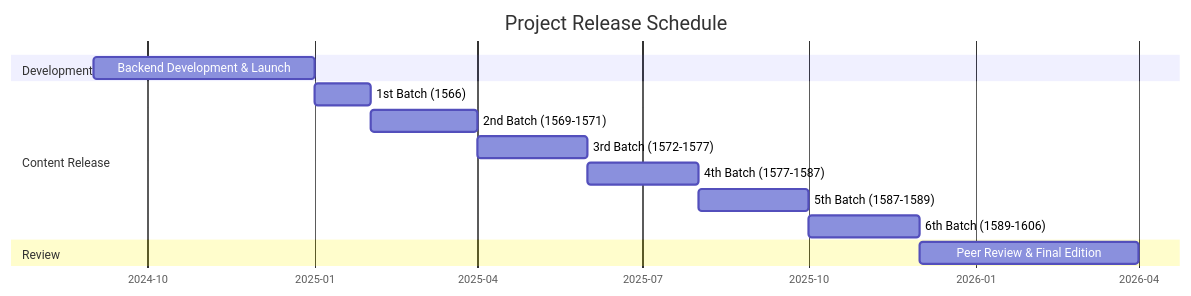
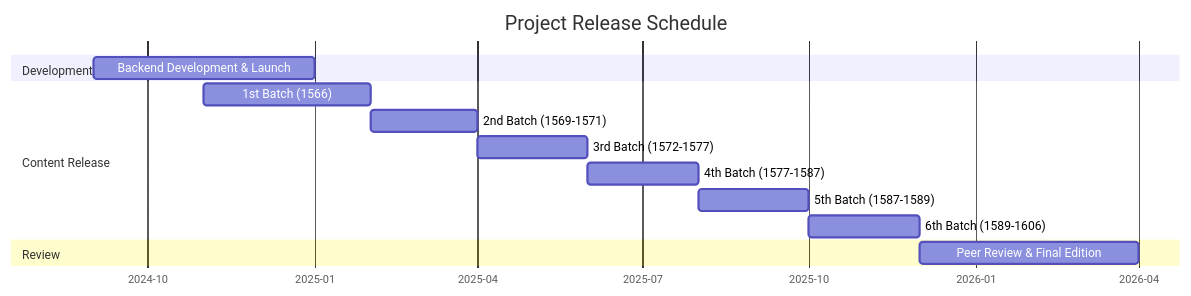
One commit to Pantagrueliste/CavrianaCorr changed the diagram in README.md. Above: the diagram before and after it, drawn with Mermaid.

````diff
--- a/README.md
+++ b/README.md
@@ -29,21 +29,21 @@
 ```mermaid
 gantt
     title Project Release Schedule
     dateFormat YYYY-MM
     axisFormat %Y-%m
     
     section Development
     Backend Development & Launch :2024-09, 2025-01
     
     section Content Release
     
-    1st Batch (1566)         :2025-01, 2025-02
+    1st Batch (1566)         :2024-11, 2025-02
     2nd Batch (1569-1571)     :2025-02, 2025-04
     3rd Batch (1572-1577)      :2025-04, 2025-06
     4th Batch (1577-1587)     :2025-06, 2025-08
     5th Batch (1587-1589)      :2025-08, 2025-10
     6th Batch (1589-1606)      :2025-10, 2025-12
     
     section Review
     Peer Review & Final Edition  :2025-12, 2026-04
 ```
````
